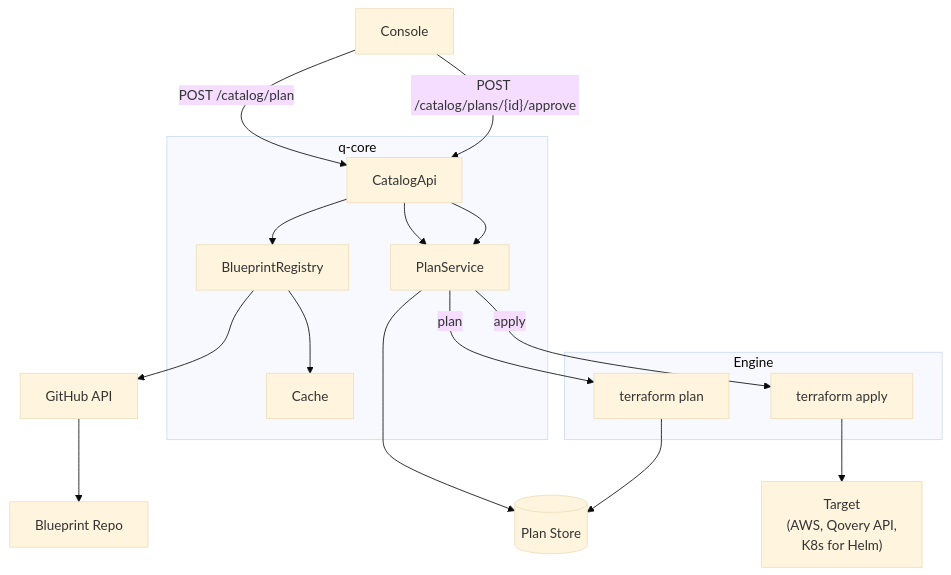
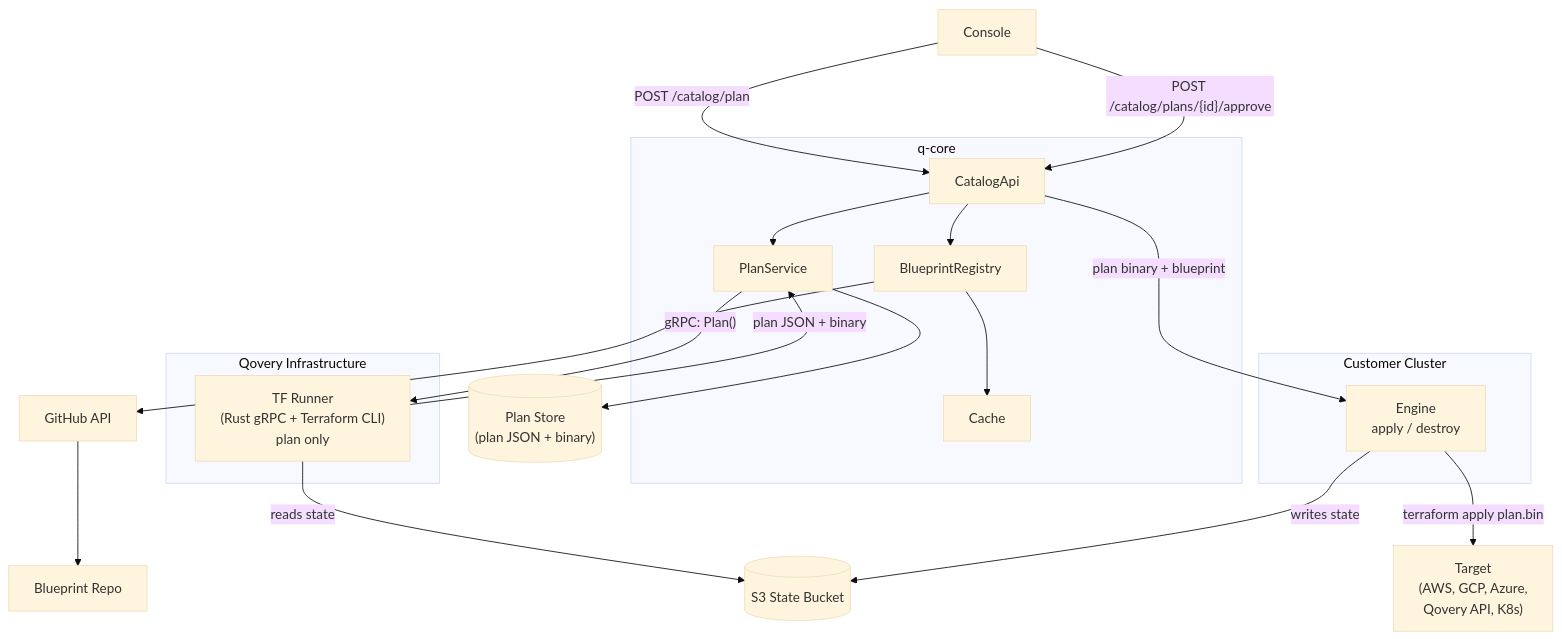
One commit to Astach/service-catalog changed the first of 3 diagrams in v2/DESIGN.md. Above: the diagram before and after it, drawn with Mermaid (base theme). The commit also changed other lines of this file and 10 other files, not shown here.

````diff
--- a/v2/DESIGN.md
+++ b/v2/DESIGN.md
@@ -15,32 +17,40 @@
 ```mermaid
 graph TB
     Console["Console"]
 
     subgraph qcore["q-core"]
         CatalogApi["CatalogApi"]
         PlanService["PlanService"]
         BlueprintRegistry["BlueprintRegistry"]
         Cache["Cache"]
     end
 
-    subgraph engine["Engine"]
-        PlanRunner["terraform plan"]
-        ApplyRunner["terraform apply"]
+    subgraph qovery_infra["Qovery Infrastructure"]
+        TfRunner["TF Runner<br/>(Rust gRPC + Terraform CLI)<br/>plan only"]
     end
 
+    subgraph customer["Customer Cluster"]
+        Engine["Engine<br/>apply / destroy"]
+    end
+
+    S3State[("S3 State Bucket")]
     GitHub["GitHub API"]
     Repo["Blueprint Repo"]
-    PlanStore[("Plan Store")]
-    Target["Target<br/>(AWS, Qovery API,<br/>K8s for Helm)"]
+    PlanStore[("Plan Store<br/>(plan JSON + binary)")]
+    Target["Target<br/>(AWS, GCP, Azure,<br/>Qovery API, K8s)"]
 
     Console -->|"POST /catalog/plan"| CatalogApi
     CatalogApi --> BlueprintRegistry
     BlueprintRegistry --> Cache
     BlueprintRegistry --> GitHub --> Repo
-    CatalogApi --> PlanService --> PlanStore
-    PlanService -->|"plan"| PlanRunner --> PlanStore
+    CatalogApi --> PlanService
+
+    PlanService -->|"gRPC: Plan()"| TfRunner
+    TfRunner -->|"reads state"| S3State
+    TfRunner -->|"plan JSON + binary"| PlanService --> PlanStore
 
     Console -->|"POST /catalog/plans/{id}/approve"| CatalogApi
-    CatalogApi --> PlanService
-    PlanService -->|"apply"| ApplyRunner --> Target
+    CatalogApi -->|"plan binary + blueprint"| Engine
+    Engine -->|"terraform apply plan.bin"| Target
+    Engine -->|"writes state"| S3State
 ```
````
